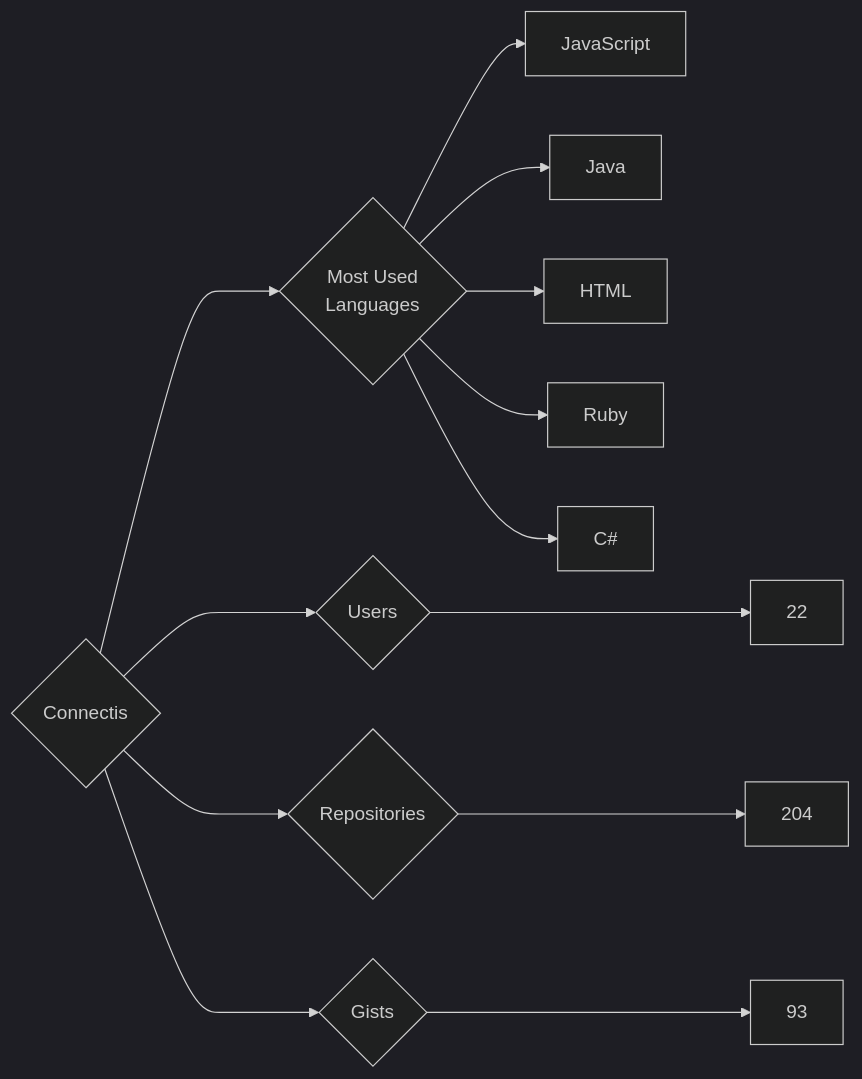
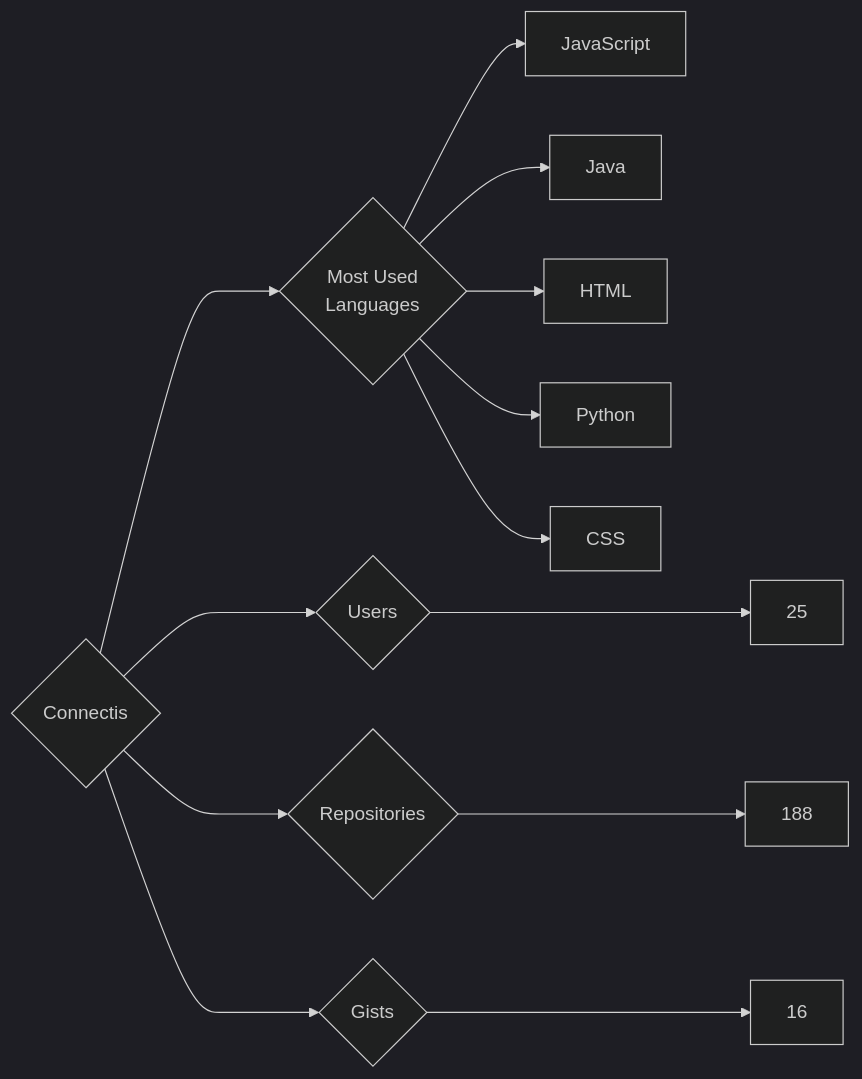
One commit to trickest/insiders changed the diagram in targets/Connectis/README.md. Above: the diagram before and after it, drawn with Mermaid (dark theme). The commit also changed 679 other files, not shown here.

````diff
--- a/targets/Connectis/README.md
+++ b/targets/Connectis/README.md
@@ -3,13 +3,13 @@
 ```mermaid
 graph LR
 COMPANY_NAME{Connectis}
-COMPANY_NAME ---> U{Users} ---> UN[22]
-COMPANY_NAME ---> R{Repositories} ---> RN[204]
-COMPANY_NAME ---> G{Gists} ---> GN[93]
+COMPANY_NAME ---> U{Users} ---> UN[25]
+COMPANY_NAME ---> R{Repositories} ---> RN[188]
+COMPANY_NAME ---> G{Gists} ---> GN[16]
 COMPANY_NAME ---> ML{Most Used<br>Languages}
 ML --> JavaScript[JavaScript]
 ML --> Java[Java]
 ML --> HTML[HTML]
-ML --> Ruby[Ruby]
-ML --> C#[C#]
+ML --> Python[Python]
+ML --> CSS[CSS]
 ```
````
